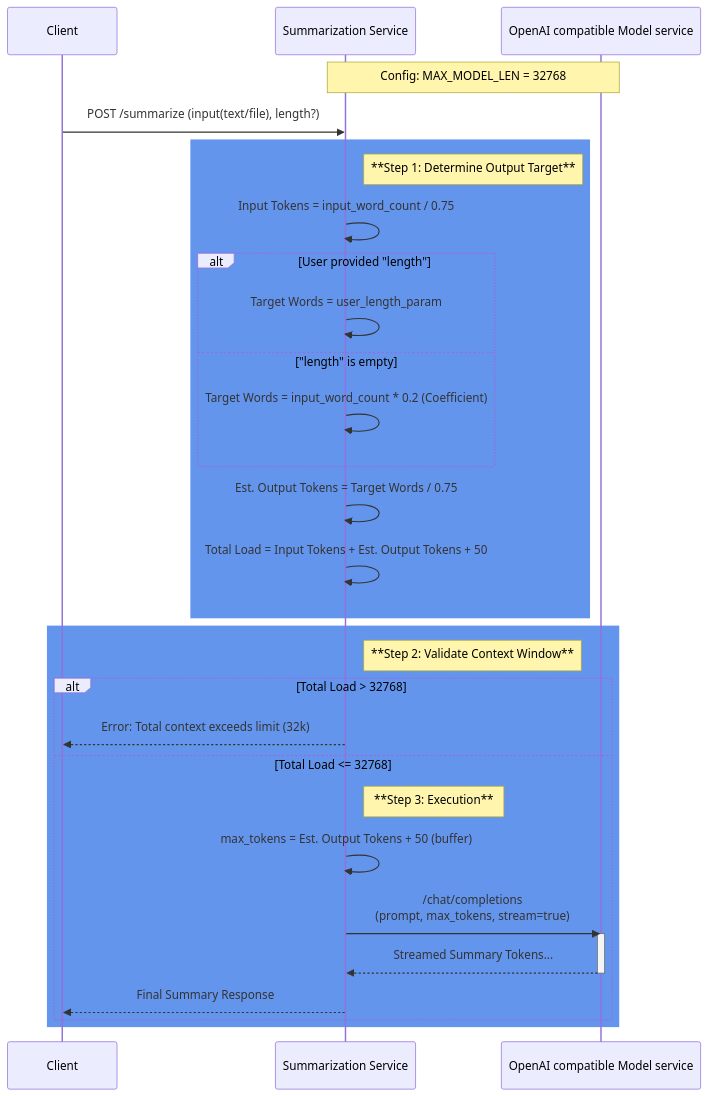
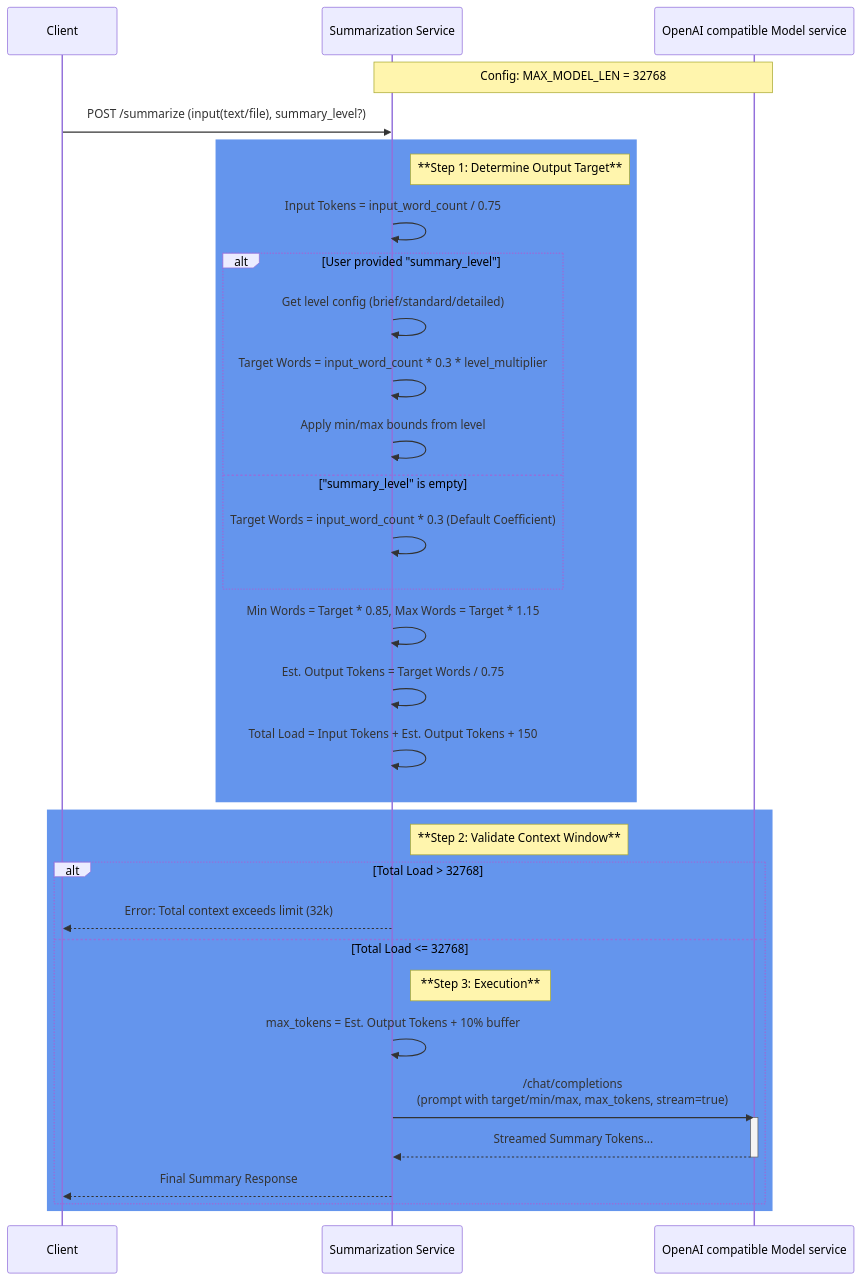
The second of 2 diagrams in docs/proposals/summarization_endpoint_design_doc.md (IBM/project-ai-services), drawn with Mermaid before and after one commit. The commit also changed other lines of this file, not shown here.

````diff
--- a/docs/proposals/summarization_endpoint_design_doc.md
+++ b/docs/proposals/summarization_endpoint_design_doc.md
@@ -110,40 +213,43 @@
 ```mermaid
 sequenceDiagram
     participant Client
     participant Service as Summarization Service
     participant vLLM as OpenAI compatible Model service
 
     Note over Service, vLLM: Config: MAX_MODEL_LEN = 32768
 
-    Client->>Service: POST /summarize (input(text/file), length?)
+    Client->>Service: POST /summarize (input(text/file), summary_level?)
     
     rect rgb(100, 149, 237)
         note right of Service: **Step 1: Determine Output Target**
         Service->>Service: Input Tokens = input_word_count / 0.75
         
-        alt User provided "length"
-            Service->>Service: Target Words = user_length_param
-        else "length" is empty
-            Service->>Service: Target Words = input_word_count * 0.2 (Coefficient)
+        alt User provided "summary_level"
+            Service->>Service: Get level config (brief/standard/detailed)
+            Service->>Service: Target Words = input_word_count * 0.3 * level_multiplier
+            Service->>Service: Apply min/max bounds from level
+        else "summary_level" is empty
+            Service->>Service: Target Words = input_word_count * 0.3 (Default Coefficient)
         end
         
+        Service->>Service: Min Words = Target * 0.85, Max Words = Target * 1.15
         Service->>Service: Est. Output Tokens = Target Words / 0.75
-        Service->>Service: Total Load = Input Tokens + Est. Output Tokens + 50
+        Service->>Service: Total Load = Input Tokens + Est. Output Tokens + 150
     end
 
     rect rgb(100, 149, 237)
         note right of Service: **Step 2: Validate Context Window**
         alt Total Load > 32768
             Service-->>Client: Error: Total context exceeds limit (32k)
         else Total Load <= 32768
             note right of Service: **Step 3: Execution**
-            Service->>Service: max_tokens = Est. Output Tokens + 50 (buffer)
+            Service->>Service: max_tokens = Est. Output Tokens + 10% buffer
             
-            Service->>vLLM: /chat/completions<br/>(prompt, max_tokens, stream=true)
+            Service->>vLLM: /chat/completions<br/>(prompt with target/min/max, max_tokens, stream=true)
             activate vLLM
             vLLM-->>Service: Streamed Summary Tokens...
             deactivate vLLM
             Service-->>Client: Final Summary Response
         end
     end
 ```
````
